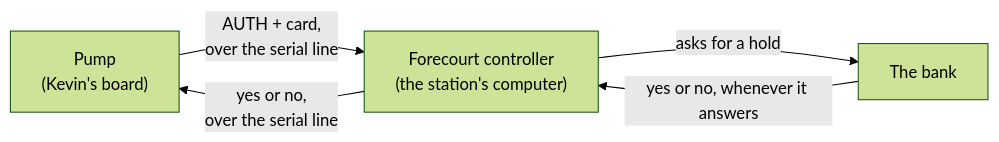
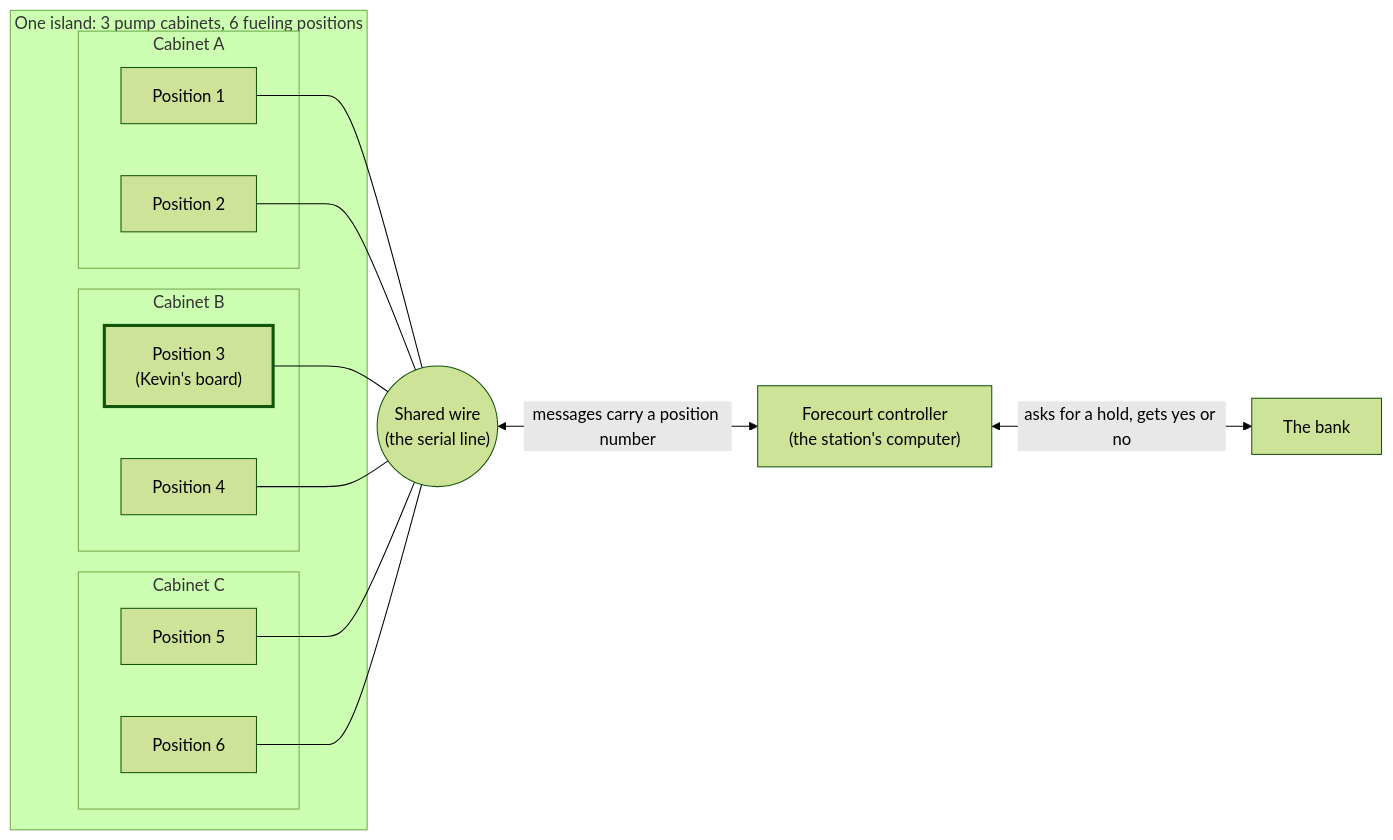
The first of 2 diagrams in docs/course/00-dinner.md (mmpworks/MMP.AsyncProxy), drawn with Mermaid (forest theme) before and after one commit. The commit also changed other lines of this file and 1 other file, not shown here.

Commit message:
docs(course): shared-wire diagram in chapter 0, worked example of Complete in chapter 2
Chapter 0 now draws one island with 3 cabinets and 6 fueling positions on one shared wire,
with the controller and the bank, and a walkthrough. Chapter 2 gets a step-by-step trace of
two callbacks, a reply and a timeout racing, with a state table, plus an example under each of
the three things to notice (first one wins, callbacks outside the lock with a two-thread
deadlock table, callbacks on the completing thread). The example was run against the
library: first=True second=False, both callbacks on the completing thread, SetResult throws
'The promise was already completed.'

Claude-Session: https://claude.ai/code/session_01MgogqrKBwe4o1QXCN8QfAB

````diff
--- a/docs/course/00-dinner.md
+++ b/docs/course/00-dinner.md
@@ -55,7 +55,29 @@
 ```mermaid
 flowchart LR
-    P["Pump<br/>(Kevin's board)"] -->|"AUTH + card,<br/>over the serial line"| C["Forecourt controller<br/>(the station's computer)"]
-    C -->|"asks for a hold"| B["The bank"]
-    B -->|"yes or no, whenever it answers"| C
-    C -->|"yes or no,<br/>over the serial line"| P
+    subgraph Island["One island: 3 pump cabinets, 6 fueling positions"]
+        subgraph CabA["Cabinet A"]
+            P1["Position 1"]
+            P2["Position 2"]
+        end
+        subgraph CabB["Cabinet B"]
+            P3["Position 3<br/>(Kevin's board)"]
+            P4["Position 4"]
+        end
+        subgraph CabC["Cabinet C"]
+            P5["Position 5"]
+            P6["Position 6"]
+        end
+    end
+    W(("Shared wire<br/>(the serial line)"))
+    C["Forecourt controller<br/>(the station's computer)"]
+    BK["The bank"]
+    P1 --- W
+    P2 --- W
+    P3 --- W
+    P4 --- W
+    P5 --- W
+    P6 --- W
+    W <-->|"messages carry a position number"| C
+    C <-->|"asks for a hold, gets yes or no"| BK
+    style P3 stroke-width:3px
 ```
````
